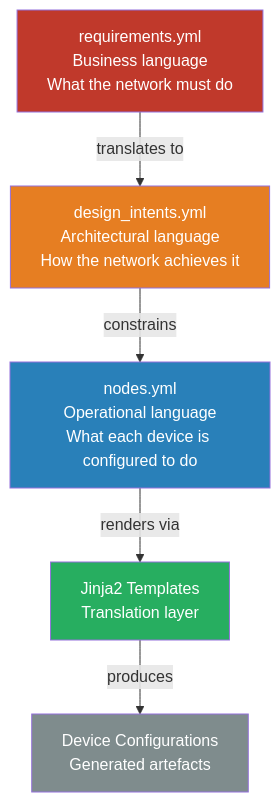
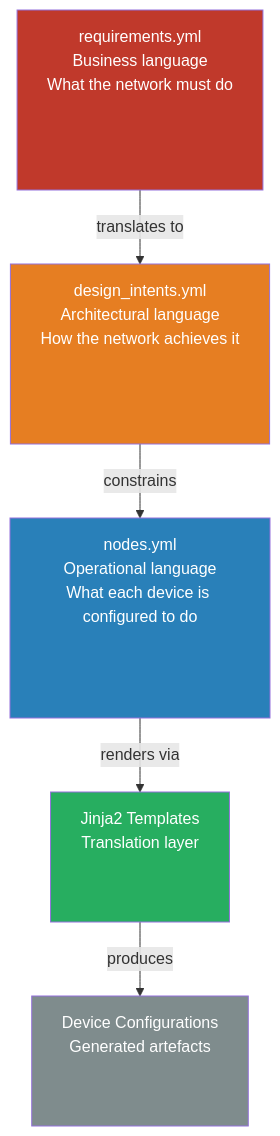
The diagram in 11-advanced-topics/intent-based-networking/chapter.md (ppklau/network_automation_handbook), drawn with Mermaid before and after one commit. The commit also changed 12 other files, not shown here.

Commit message:
Adjusted mermaid diagrams.

````diff
--- a/11-advanced-topics/intent-based-networking/chapter.md
+++ b/11-advanced-topics/intent-based-networking/chapter.md
@@ -36,19 +36,19 @@
 ```mermaid
 graph TD
-    R["requirements.yml<br>Business language<br>What the network must do"]
-    I["design_intents.yml<br>Architectural language<br>How the network achieves it"]
-    N["nodes.yml<br>Operational language<br>What each device is configured to do"]
-    T["Jinja2 Templates<br>Translation layer"]
-    C["Device Configurations<br>Generated artefacts"]
+    R["<div style='min-height:150px'>requirements.yml<br>Business language<br>What the network must do</div>"]
+    I["<div style='min-height:150px'>design_intents.yml<br>Architectural language<br>How the network achieves it</div>"]
+    N["<div style='min-height:170px'>nodes.yml<br>Operational language<br>What each device is configured to do</div>"]
+    T["<div style='min-height:100px'>Jinja2 Templates<br>Translation layer</div>"]
+    C["<div style='min-height:100px'>Device Configurations<br>Generated artefacts</div>"]
 
     R -->|"translates to"| I
     I -->|"constrains"| N
     N -->|"renders via"| T
     T -->|"produces"| C
 
     style R fill:#c0392b,color:#fff
     style I fill:#e67e22,color:#fff
     style N fill:#2980b9,color:#fff
     style T fill:#27ae60,color:#fff
     style C fill:#7f8c8d,color:#fff
 ```
````
